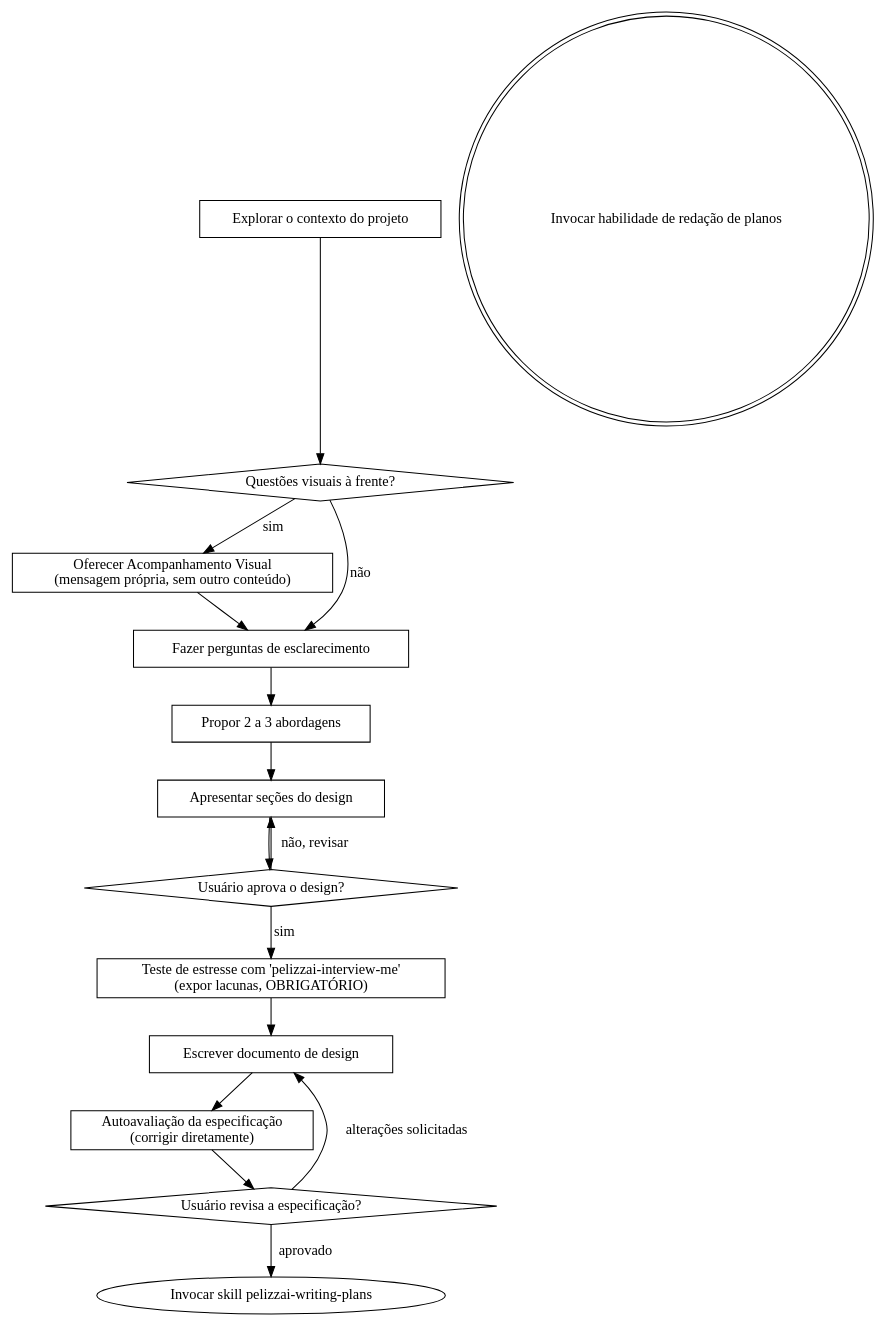
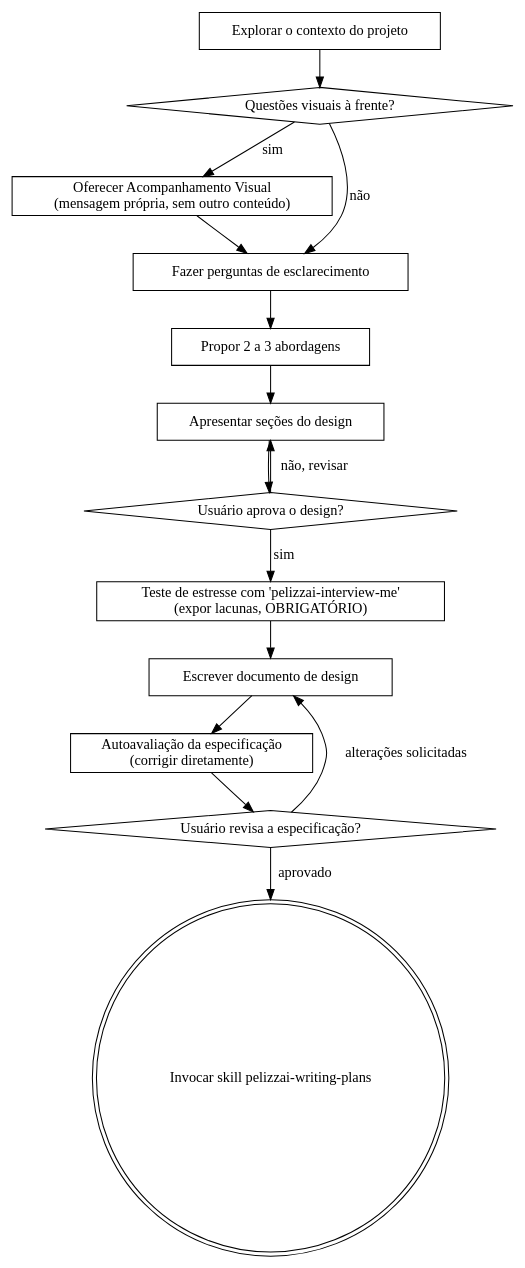
The diagram in .claude/skills/pelizzai-brainstorming/SKILL.md (rpelizza/PelizzAI), drawn with Graphviz before and after one commit. The commit also changed other lines of this file and 34 other files, not shown here.

````diff
--- a/.claude/skills/pelizzai-brainstorming/SKILL.md
+++ b/.claude/skills/pelizzai-brainstorming/SKILL.md
@@ -41,31 +43,31 @@
 ```dot
 digraph brainstorming {
 	"Explorar o contexto do projeto" [shape=box];
 	"Questões visuais à frente?" [shape=diamond];
 	"Oferecer Acompanhamento Visual\n(mensagem própria, sem outro conteúdo)" [shape=box];
 	"Fazer perguntas de esclarecimento" [shape=box];
 	"Propor 2 a 3 abordagens" [shape=box];
 	"Apresentar seções do design" [shape=box];
 	"Usuário aprova o design?" [shape=diamond];
 	"Teste de estresse com 'pelizzai-interview-me'\n(expor lacunas, OBRIGATÓRIO)" [shape=box];
 	"Escrever documento de design" [shape=box];
 	"Autoavaliação da especificação\n(corrigir diretamente)" [shape=box];
 	"Usuário revisa a especificação?" [shape=diamond];
-	"Invocar habilidade de redação de planos" [shape=doublecircle];
+	"Invocar skill pelizzai-writing-plans" [shape=doublecircle];
 
 	"Explorar o contexto do projeto" -> "Questões visuais à frente?";
 	"Questões visuais à frente?" -> "Oferecer Acompanhamento Visual\n(mensagem própria, sem outro conteúdo)" [label="sim"];
 	"Questões visuais à frente?" -> "Fazer perguntas de esclarecimento" [label="não"];
 	"Oferecer Acompanhamento Visual\n(mensagem própria, sem outro conteúdo)" -> "Fazer perguntas de esclarecimento";
 	"Fazer perguntas de esclarecimento" -> "Propor 2 a 3 abordagens";
 	"Propor 2 a 3 abordagens" -> "Apresentar seções do design";
 	"Apresentar seções do design" -> "Usuário aprova o design?";
 	"Usuário aprova o design?" -> "Apresentar seções do design" [label="não, revisar"];
 	"Usuário aprova o design?" -> "Teste de estresse com 'pelizzai-interview-me'\n(expor lacunas, OBRIGATÓRIO)" [label="sim"];
 	"Teste de estresse com 'pelizzai-interview-me'\n(expor lacunas, OBRIGATÓRIO)" -> "Escrever documento de design";
 	"Escrever documento de design" -> "Autoavaliação da especificação\n(corrigir diretamente)";
 	"Autoavaliação da especificação\n(corrigir diretamente)" -> "Usuário revisa a especificação?";
 	"Usuário revisa a especificação?" -> "Escrever documento de design" [label="alterações solicitadas"];
 	"Usuário revisa a especificação?" -> "Invocar skill pelizzai-writing-plans" [label="aprovado"];
 }
 ```
````
